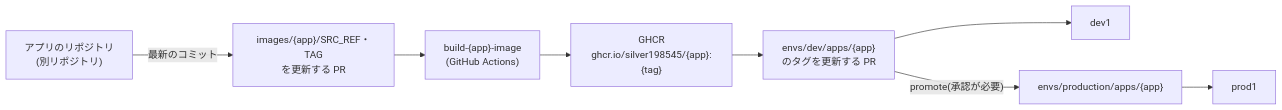
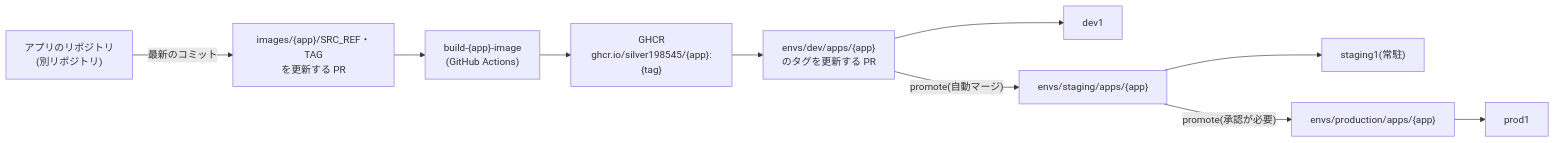
One commit to silver198545/ibid-fleet-config changed the seventh of 10 diagrams in docs/architecture.md. Above: the diagram before and after it, drawn with Mermaid. The commit also changed other lines of this file and 19 other files, not shown here.

````diff
--- a/docs/architecture.md
+++ b/docs/architecture.md
@@ -223,10 +223,12 @@
 ```mermaid
 flowchart LR
   UP["アプリのリポジトリ<br>(別リポジトリ)"] -->|"最新のコミット"| SET["images/{app}/SRC_REF・TAG<br>を更新する PR"]
   SET --> BUILD["build-{app}-image<br>(GitHub Actions)"]
   BUILD --> GHCR["GHCR<br>ghcr.io/silver198545/{app}:{tag}"]
   GHCR --> DEVM["envs/dev/apps/{app}<br>のタグを更新する PR"]
   DEVM --> DEV["dev1"]
-  DEVM -->|"promote(承認が必要)"| PRODM["envs/production/apps/{app}"]
+  DEVM -->|"promote(自動マージ)"| STGM["envs/staging/apps/{app}"]
+  STGM --> STG["staging1(常駐)"]
+  STGM -->|"promote(承認が必要)"| PRODM["envs/production/apps/{app}"]
   PRODM --> PROD["prod1"]
 ```
````
